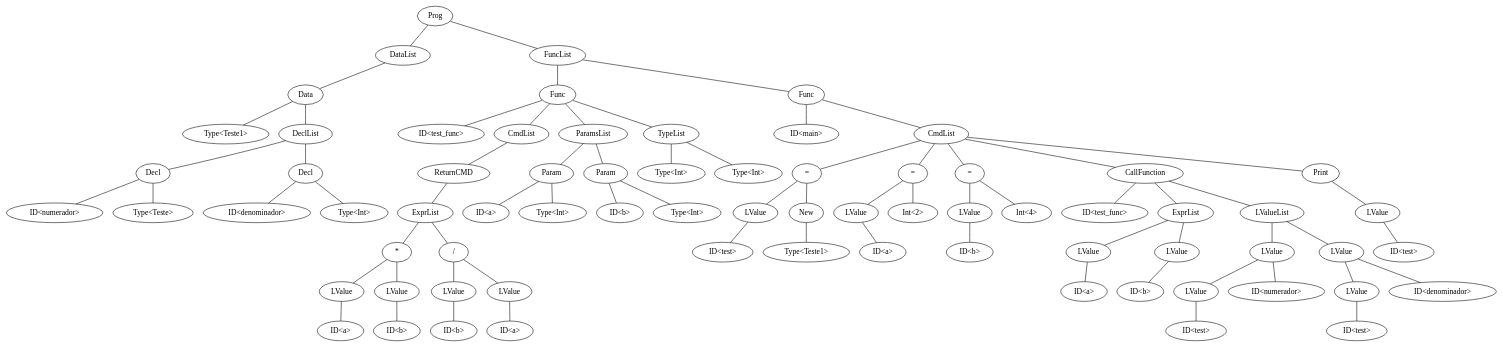
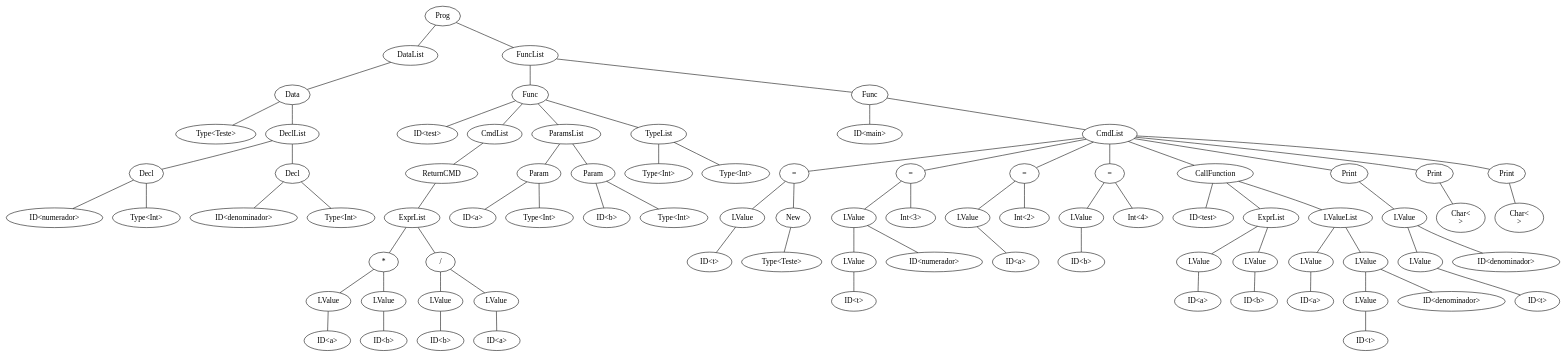
The diagram in ast.dot (Patrick448/Trabalho-Compiladores), drawn with Graphviz before and after one commit. The commit also changed 2 other files, not shown here.

```diff
--- a/ast.dot
+++ b/ast.dot
@@ -1,145 +1,165 @@
 graph program {
-72 [label=Prog]
-72--9
+82 [label=Prog]
+82--9
 9 [label=DataList]
 9--8
 8 [label= "Data"]
 8--7
-7 [label="Type<Teste1>"]
+7 [label="Type<Teste>"]
 8--3
 3 [label=DeclList]
 3--2
 2 [label="Decl"]
 2--1
 1 [label="ID<numerador>"]
 2--0
-0 [label="Type<Teste>"]
+0 [label="Type<Int>"]
 3--6
 6 [label="Decl"]
 6--5
 5 [label="ID<denominador>"]
 6--4
 4 [label="Type<Int>"]
-72--36
+82--36
 36 [label=FuncList]
 36--35
 35 [label="Func"]
 35--34
-34 [label="ID<test_func>"]
+34 [label="ID<test>"]
 35--33
 33 [label=CmdList]
 33--32
 32 [label="ReturnCMD"]
 32--26
 26 [label=ExprList]
 26--25
 25 [label= "*"]
 25--22
 22 [label="LValue"]
 22--21
 21 [label="ID<a>"]
 25--24
 24 [label="LValue"]
 24--23
 23 [label="ID<b>"]
 26--31
 31 [label= "/"]
 31--28
 28 [label="LValue"]
 28--27
 27 [label="ID<b>"]
 31--30
 30 [label="LValue"]
 30--29
 29 [label="ID<a>"]
 35--14
 14 [label="ParamsList"]
 14--13
 13 [label="Param"]
 13--12
 12 [label="ID<a>"]
 13--11
 11 [label="Type<Int>"]
 14--17
 17 [label="Param"]
 17--16
 16 [label="ID<b>"]
 17--15
 15 [label="Type<Int>"]
 35--19
 19 [label="TypeList"]
 19--18
 18 [label="Type<Int>"]
 19--20
 20 [label="Type<Int>"]
-36--71
-71 [label="Func"]
-71--70
-70 [label="ID<main>"]
-71--42
+36--81
+81 [label="Func"]
+81--80
+80 [label="ID<main>"]
+81--42
 42 [label=CmdList]
 42--41
 41 [label= "="]
 41--38
 38 [label="LValue"]
 38--37
-37 [label="ID<test>"]
+37 [label="ID<t>"]
 41--40
 40 [label= "New"]
 40--39
-39 [label="Type<Teste1>"]
-42--46
-46 [label= "="]
+39 [label="Type<Teste>"]
+42--48
+48 [label= "="]
+48--46
+46 [label="LValue"]
 46--44
 44 [label="LValue"]
 44--43
-43 [label="ID<a>"]
+43 [label="ID<t>"]
 46--45
-45 [label="Int<2>"]
-42--50
-50 [label= "="]
-50--48
-48 [label="LValue"]
+45 [label="ID<numerador>"]
 48--47
-47 [label="ID<b>"]
+47 [label="Int<3>"]
+42--52
+52 [label= "="]
+52--50
+50 [label="LValue"]
 50--49
-49 [label="Int<4>"]
-42--66
-66 [label= "CallFunction"]
+49 [label="ID<a>"]
+52--51
+51 [label="Int<2>"]
+42--56
+56 [label= "="]
+56--54
+54 [label="LValue"]
+54--53
+53 [label="ID<b>"]
+56--55
+55 [label="Int<4>"]
+42--70
+70 [label= "CallFunction"]
+70--69
+69 [label="ID<test>"]
+70--59
+59 [label=ExprList]
+59--58
+58 [label="LValue"]
+58--57
+57 [label="ID<a>"]
+59--61
+61 [label="LValue"]
+61--60
+60 [label="ID<b>"]
+70--64
+64 [label=LValueList]
+64--63
+63 [label="LValue"]
+63--62
+62 [label="ID<a>"]
+64--68
+68 [label="LValue"]
+68--66
+66 [label="LValue"]
 66--65
-65 [label="ID<test_func>"]
-66--53
-53 [label=ExprList]
-53--52
-52 [label="LValue"]
-52--51
-51 [label="ID<a>"]
-53--55
-55 [label="LValue"]
-55--54
-54 [label="ID<b>"]
-66--60
-60 [label=LValueList]
-60--59
-59 [label="LValue"]
-59--57
-57 [label="LValue"]
-57--56
-56 [label="ID<test>"]
-59--58
-58 [label="ID<numerador>"]
-60--64
-64 [label="LValue"]
-64--62
-62 [label="LValue"]
-62--61
-61 [label="ID<test>"]
-64--63
-63 [label="ID<denominador>"]
-42--69
-69 [label="Print"]
-69--68
-68 [label="LValue"]
+65 [label="ID<t>"]
 68--67
-67 [label="ID<test>"]
+67 [label="ID<denominador>"]
+42--75
+75 [label="Print"]
+75--74
+74 [label="LValue"]
+74--72
+72 [label="LValue"]
+72--71
+71 [label="ID<t>"]
+74--73
+73 [label="ID<denominador>"]
+42--77
+77 [label="Print"]
+77--76
+76 [label="Char<\n>"]
+42--79
+79 [label="Print"]
+79--78
+78 [label="Char<\n>"]
 }
```
